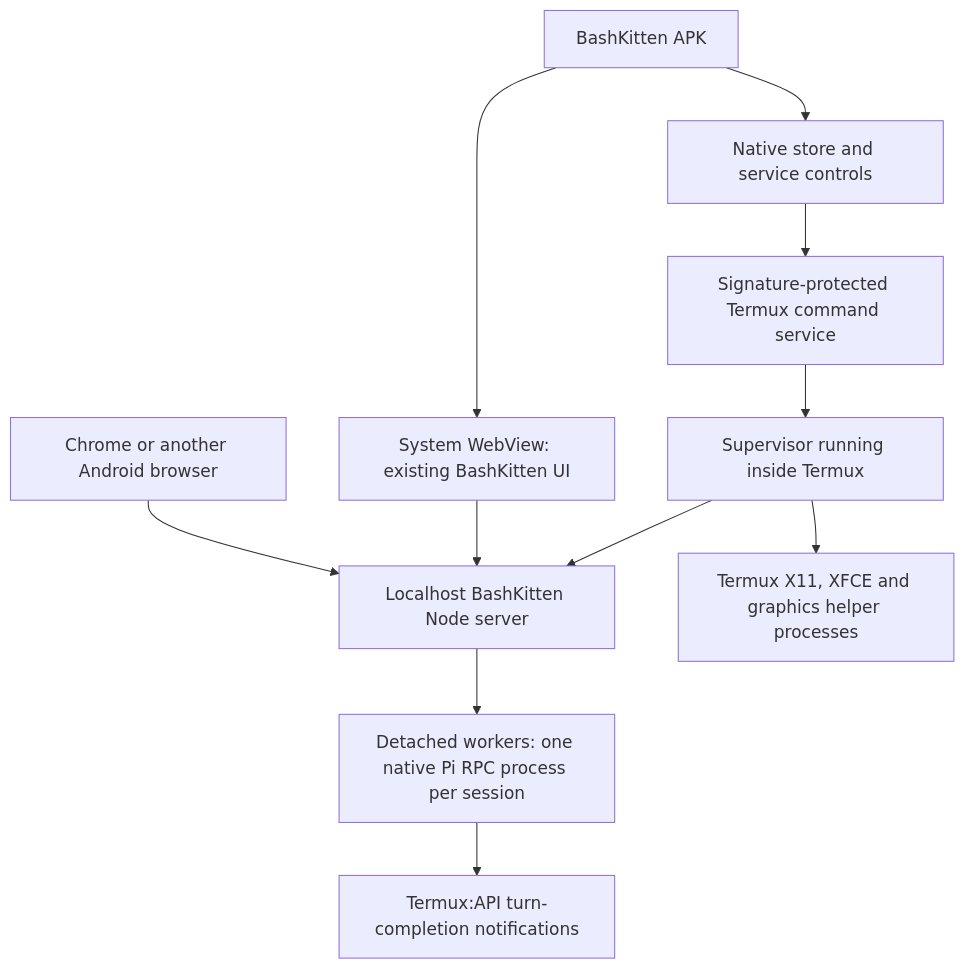
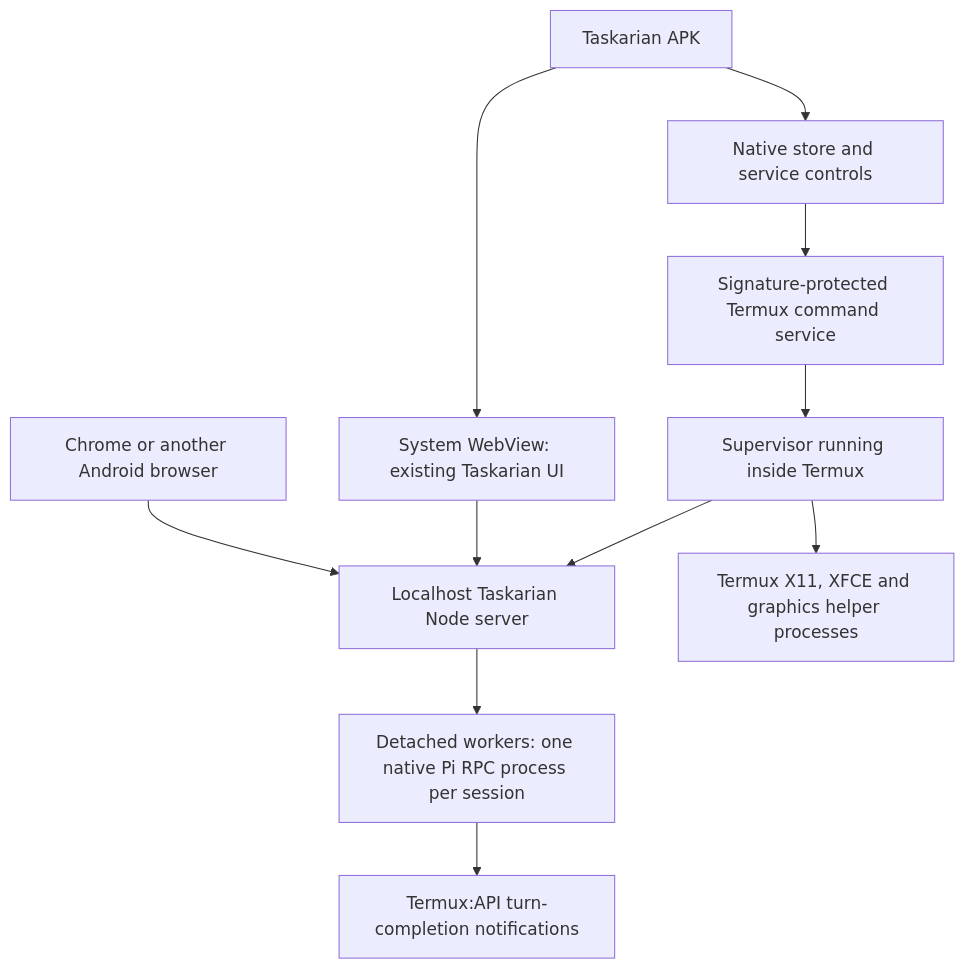
One commit to openresearchtools/BashKitten changed the diagram in docs/android-termux-suite-plan.md. Above: the diagram before and after it, drawn with Mermaid. The commit also changed other lines of this file and 14034 other files, not shown here.

````diff
--- a/docs/android-termux-suite-plan.md
+++ b/docs/android-termux-suite-plan.md
@@ -38,13 +38,13 @@
 ```mermaid
 flowchart TD
-    A[BashKitten APK] --> S[Native store and service controls]
-    A --> W[System WebView: existing BashKitten UI]
+    A[Taskarian APK] --> S[Native store and service controls]
+    A --> W[System WebView: existing Taskarian UI]
     S --> T[Signature-protected Termux command service]
     T --> M[Supervisor running inside Termux]
-    M --> B[Localhost BashKitten Node server]
+    M --> B[Localhost Taskarian Node server]
     W --> B
     C[Chrome or another Android browser] --> B
     B --> P[Detached workers: one native Pi RPC process per session]
     M --> X[Termux X11, XFCE and graphics helper processes]
     P --> N[Termux:API turn-completion notifications]
 ```
````
